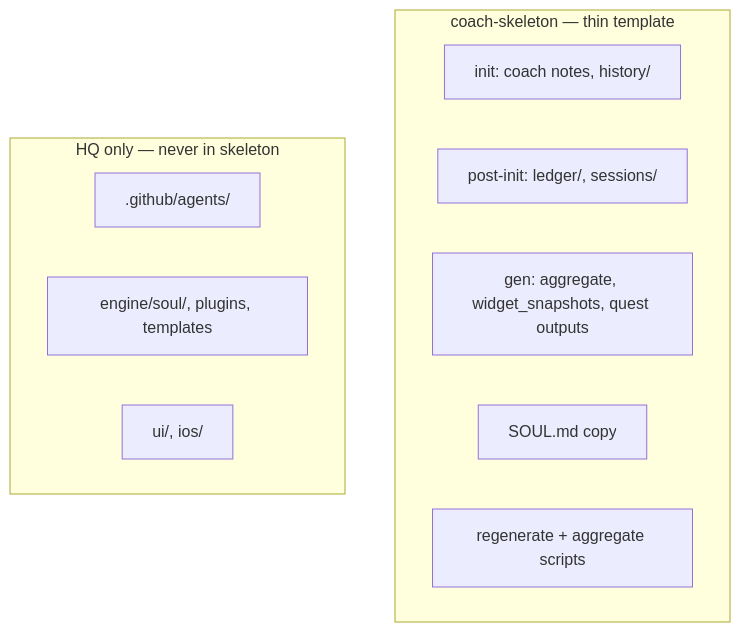
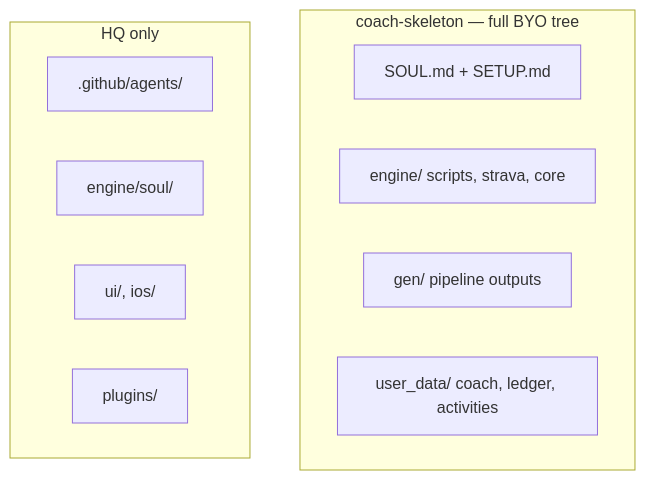
The second of 4 diagrams in docs/m1-plan.md (sibling-shipyard/coach-hq), drawn with Mermaid before and after one commit. The commit also changed other lines of this file and 3 other files, not shown here.

First line of the commit message:
docs: lock full BYO skeleton layout for PR #83

````diff
--- a/docs/m1-plan.md
+++ b/docs/m1-plan.md
@@ -43,15 +42,15 @@
 ```mermaid
 flowchart TB
-  subgraph skel["coach-skeleton — thin template"]
-    init["init: coach notes, history/"]
-    post["post-init: ledger/, sessions/"]
-    gen["gen: aggregate, widget_snapshots, quest outputs"]
-    soul["SOUL.md copy"]
-    scripts["regenerate + aggregate scripts"]
+  subgraph skel["coach-skeleton — full BYO tree"]
+    soul["SOUL.md + SETUP.md"]
+    eng["engine/ scripts, strava, core"]
+    gen["gen/ pipeline outputs"]
+    ud["user_data/ coach, ledger, activities"]
   end
-  subgraph hq_only["HQ only — never in skeleton"]
+  subgraph hq_only["HQ only"]
     agents[".github/agents/"]
-    engine["engine/soul/, plugins, templates"]
+    soul_src["engine/soul/"]
     ui["ui/, ios/"]
+    plugins["plugins/"]
   end
 ```
````
